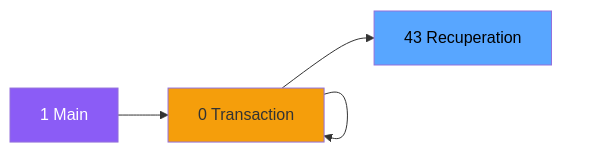
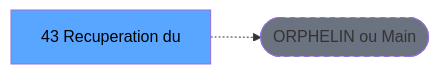
Before and after one commit to thonyAGP/lecteur-magic: the second of 3 diagrams in .openspec/renders/ADH-IDE-43.md, drawn with Mermaid. The commit also changed other lines of this file and 701 other files, not shown here.

````diff
--- a/.openspec/renders/ADH-IDE-43.md
+++ b/.openspec/renders/ADH-IDE-43.md
@@ -108,23 +117,8 @@
 ```mermaid
 graph LR
-    M[1 Main]
-    N0[0 Transaction ]
-    N0[0 Garantie sur]
-    N0[0 Transferts]
-    N0[0 Transaction ]
-    N0[0 Transaction ]
-    T[43 Recuperation]
-    M --> N0
-    N0 --> N0
-    N0 --> N0
-    N0 --> N0
-    N0 --> N0
-    N0 --> T
-    style M fill:#8b5cf6,color:#fff
-    style N0 fill:#f59e0b
-    style N0 fill:#f59e0b
-    style N0 fill:#f59e0b
-    style N0 fill:#f59e0b
-    style N0 fill:#f59e0b
+    T[43 Recuperation du]
+    ORPHAN([ORPHELIN ou Main])
+    T -.-> ORPHAN
     style T fill:#58a6ff,color:#000
+    style ORPHAN fill:#6b7280,stroke-dasharray: 5 5
 ```
````
